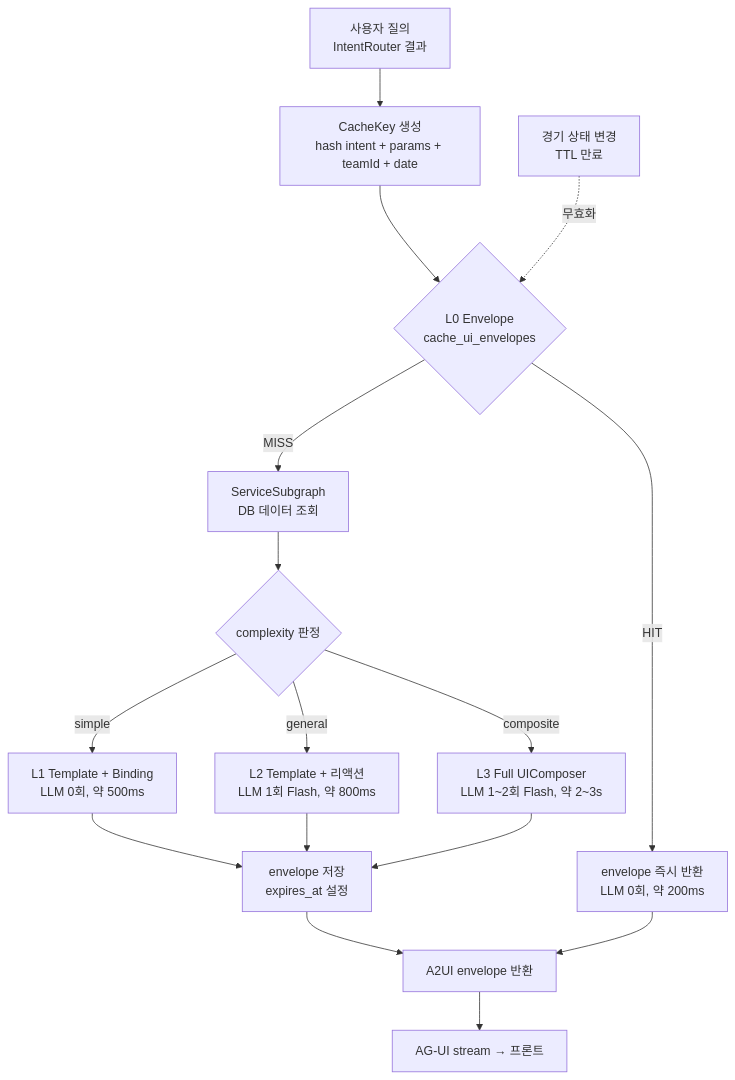
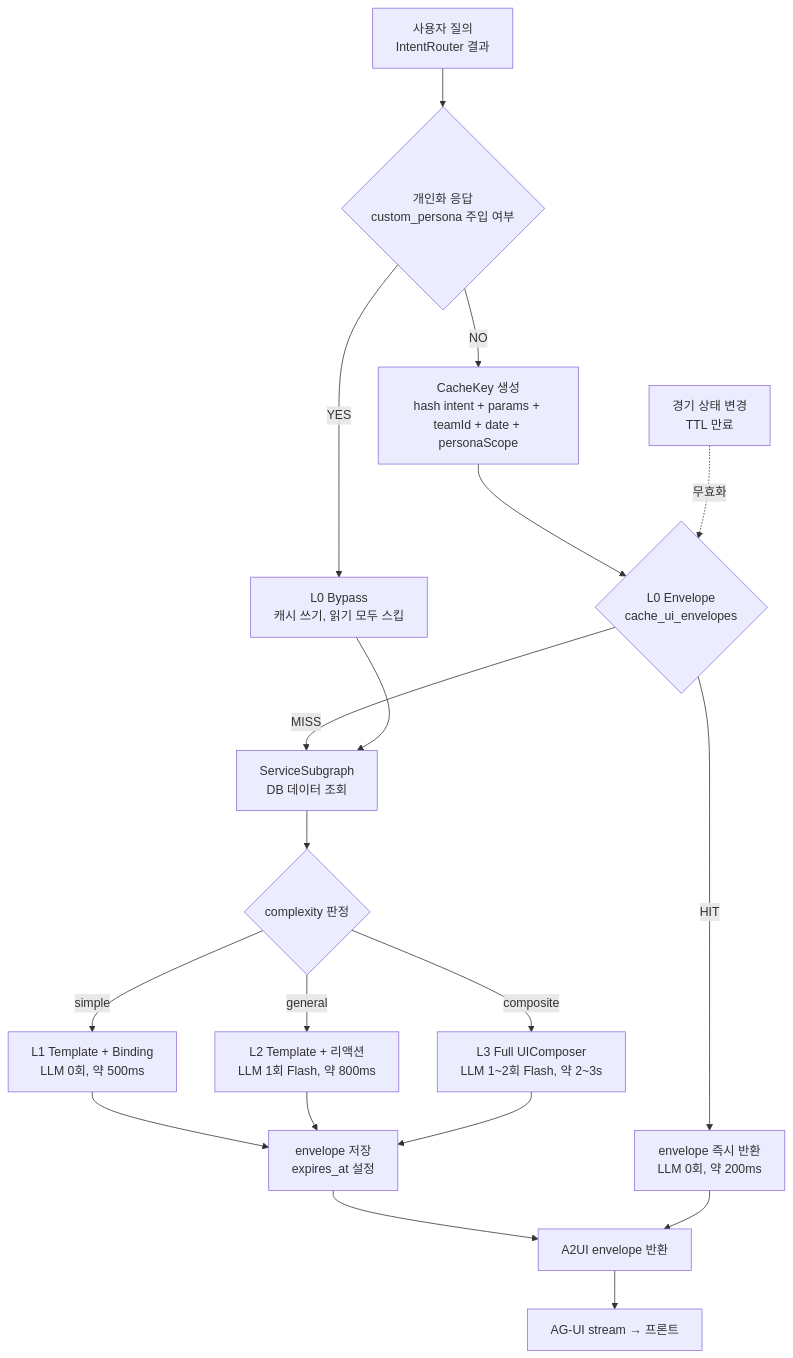
One commit to leonardo204/Batdi changed the fourth of 5 diagrams in docs/plan/batdi-architecture.md. Above: the diagram before and after it, drawn with Mermaid. The commit also changed other lines of this file and 4 other files, not shown here.

````diff
--- a/docs/plan/batdi-architecture.md
+++ b/docs/plan/batdi-architecture.md
@@ -406,24 +444,27 @@
 ```mermaid
 flowchart TD
-    Q["사용자 질의<br>IntentRouter 결과"] --> K["CacheKey 생성<br>hash intent + params + teamId + date"]
+    Q["사용자 질의<br>IntentRouter 결과"] --> BP{"개인화 응답<br>custom_persona 주입 여부"}
+    BP -->|YES| BYPASS["L0 Bypass<br>캐시 쓰기, 읽기 모두 스킵"]
+    BP -->|NO| K["CacheKey 생성<br>hash intent + params + teamId + date + personaScope"]
     K --> L0{"L0 Envelope<br>cache_ui_envelopes"}
 
     L0 -->|HIT| R0["envelope 즉시 반환<br>LLM 0회, 약 200ms"]
     L0 -->|MISS| FETCH["ServiceSubgraph<br>DB 데이터 조회"]
+    BYPASS --> FETCH
 
     FETCH --> COMP{"complexity 판정"}
 
     COMP -->|simple| L1["L1 Template + Binding<br>LLM 0회, 약 500ms"]
     COMP -->|general| L2["L2 Template + 리액션<br>LLM 1회 Flash, 약 800ms"]
     COMP -->|composite| L3["L3 Full UIComposer<br>LLM 1~2회 Flash, 약 2~3s"]
 
     L1 --> SAVE["envelope 저장<br>expires_at 설정"]
     L2 --> SAVE
     L3 --> SAVE
     SAVE --> R["A2UI envelope 반환"]
     R0 --> R
 
     R --> AGUI["AG-UI stream → 프론트"]
 
     INV["경기 상태 변경<br>TTL 만료"] -.->|무효화| L0
 ```
````
